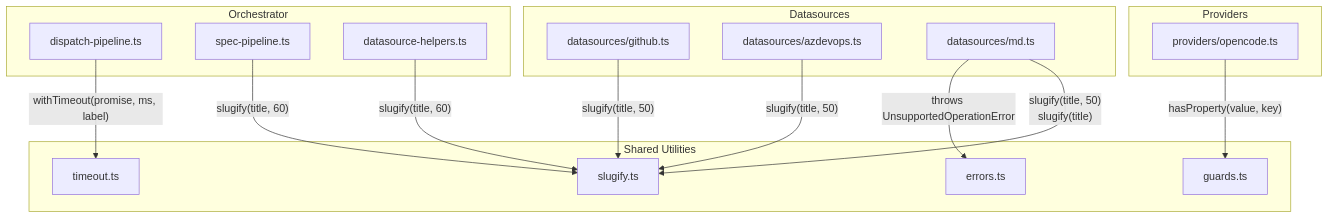
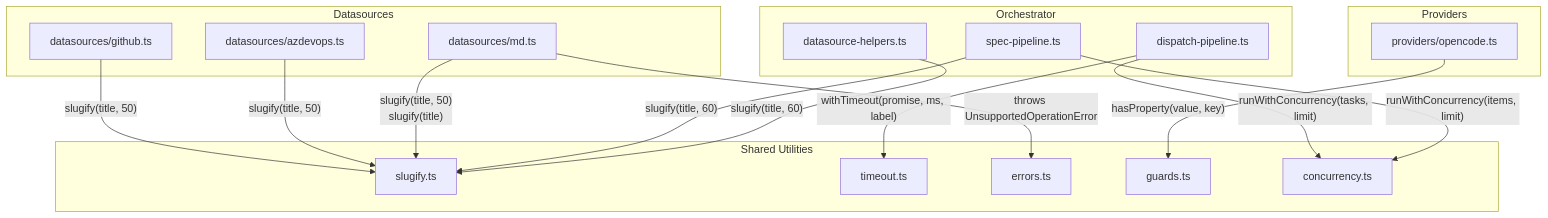
Before and after one commit to PatrickRuddiman/Dispatch: the diagram in docs/shared-utilities/overview.md, drawn with Mermaid. The commit also changed other lines of this file and 68 other files, not shown here.

````diff
--- a/docs/shared-utilities/overview.md
+++ b/docs/shared-utilities/overview.md
@@ -44,34 +50,37 @@
 ```mermaid
 graph TD
     subgraph "Shared Utilities"
         Slugify["slugify.ts"]
         Timeout["timeout.ts"]
         Errors["errors.ts"]
         Guards["guards.ts"]
+        Concurrency["concurrency.ts"]
     end
 
     subgraph "Datasources"
         GH["datasources/github.ts"]
         AZ["datasources/azdevops.ts"]
         MD["datasources/md.ts"]
     end
 
     subgraph "Providers"
         OC["providers/opencode.ts"]
     end
 
     subgraph "Orchestrator"
         DP["dispatch-pipeline.ts"]
         SP["spec-pipeline.ts"]
         DH["datasource-helpers.ts"]
     end
 
     GH -- "slugify(title, 50)" --> Slugify
     AZ -- "slugify(title, 50)" --> Slugify
     MD -- "slugify(title, 50)<br/>slugify(title)" --> Slugify
     SP -- "slugify(title, 60)" --> Slugify
     DH -- "slugify(title, 60)" --> Slugify
     DP -- "withTimeout(promise, ms, label)" --> Timeout
+    DP -- "runWithConcurrency(tasks, limit)" --> Concurrency
+    SP -- "runWithConcurrency(items, limit)" --> Concurrency
     MD -- "throws UnsupportedOperationError" --> Errors
     OC -- "hasProperty(value, key)" --> Guards
 ```
````
